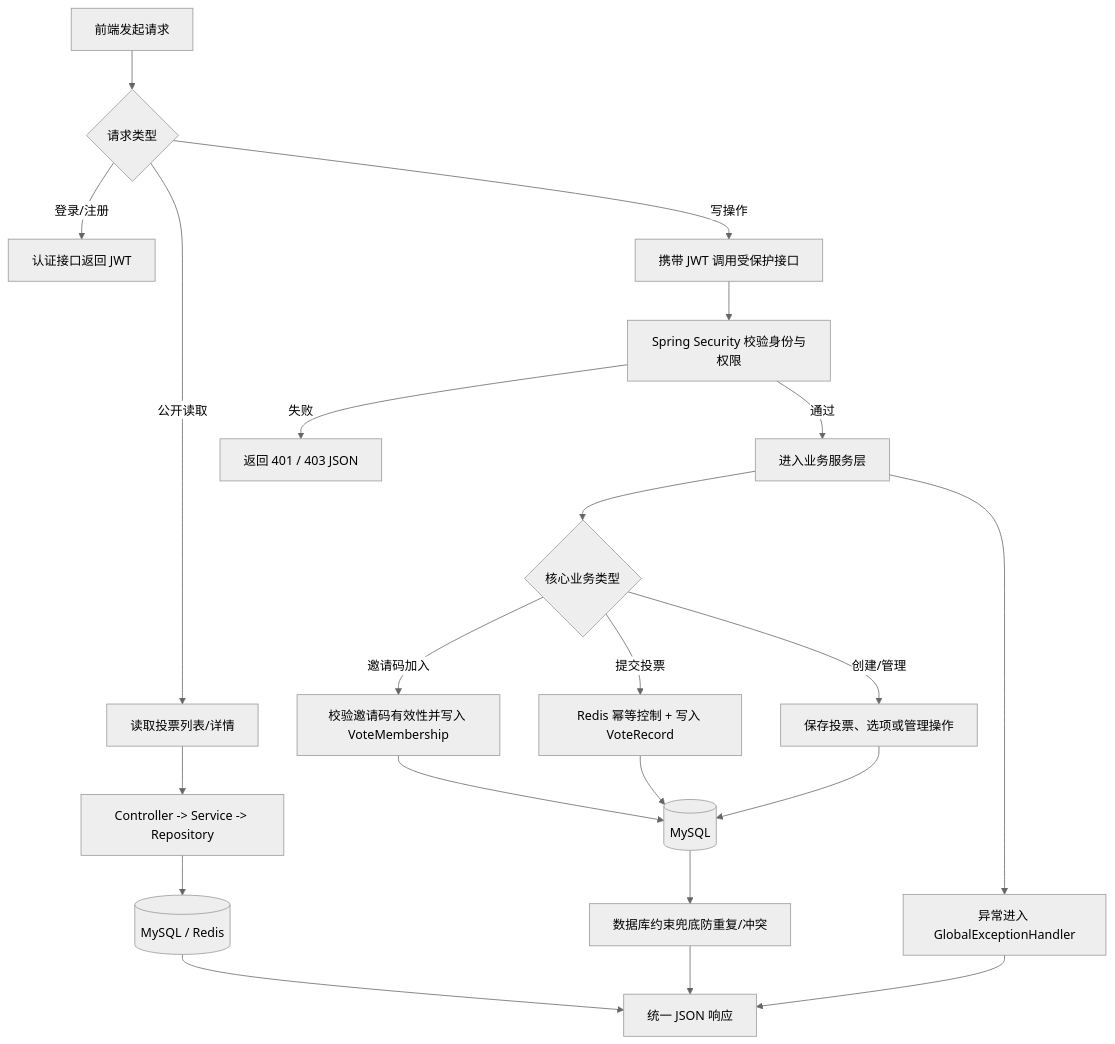
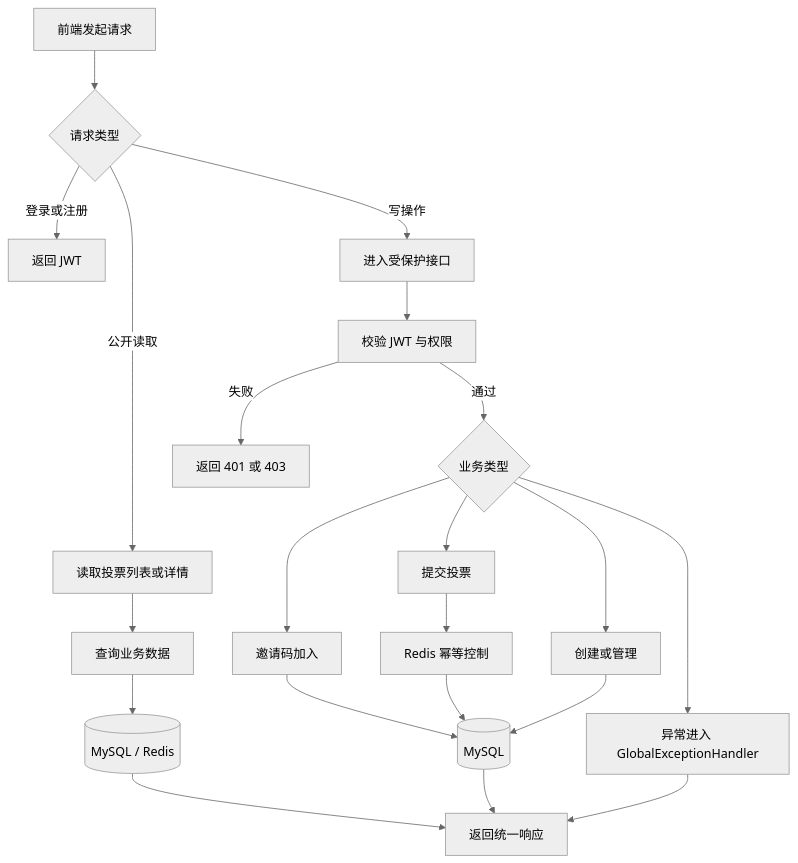
Before and after one commit to XioAlien/voting: the second of 3 diagrams in README.md, drawn with Mermaid (neutral theme). The commit also changed other lines of this file, not shown here.

Commit message:
简化图表

````diff
--- a/README.md
+++ b/README.md
@@ -39,29 +49,28 @@
 ```mermaid
 flowchart TD
-    A[前端发起请求] --> B{请求类型}
-    B -->|登录/注册| C[认证接口返回 JWT]
-    B -->|公开读取| D[读取投票列表/详情]
-    B -->|写操作| E[携带 JWT 调用受保护接口]
+    start[前端发起请求] --> kind{请求类型}
+    kind -->|登录或注册| auth[返回 JWT]
+    kind -->|公开读取| read[读取投票列表或详情]
+    kind -->|写操作| write[进入受保护接口]
 
-    D --> F[Controller -> Service -> Repository]
-    F --> G[(MySQL / Redis)]
-    G --> H[统一 JSON 响应]
+    read --> query[查询业务数据]
+    query --> store[(MySQL / Redis)]
+    store --> ok[返回统一响应]
 
-    E --> I[Spring Security 校验身份与权限]
-    I -->|失败| J[返回 401 / 403 JSON]
-    I -->|通过| K[进入业务服务层]
+    write --> verify[校验 JWT 与权限]
+    verify -->|失败| deny[返回 401 或 403]
+    verify -->|通过| biz{业务类型}
 
-    K --> L{核心业务类型}
-    L -->|邀请码加入| M[校验邀请码有效性并写入 VoteMembership]
-    L -->|提交投票| N[Redis 幂等控制 + 写入 VoteRecord]
-    L -->|创建/管理| O[保存投票、选项或管理操作]
+    biz --> join[邀请码加入]
+    biz --> submit[提交投票]
+    biz --> manage[创建或管理]
 
-    M --> P[(MySQL)]
-    N --> P
-    O --> P
-    P --> Q[数据库约束兜底防重复/冲突]
-    Q --> H
+    join --> save[(MySQL)]
+    submit --> idem[Redis 幂等控制]
+    idem --> save
+    manage --> save
+    save --> ok
 
-    K --> R[异常进入 GlobalExceptionHandler]
-    R --> H
+    biz --> ex[异常进入 GlobalExceptionHandler]
+    ex --> ok
 ```
````
